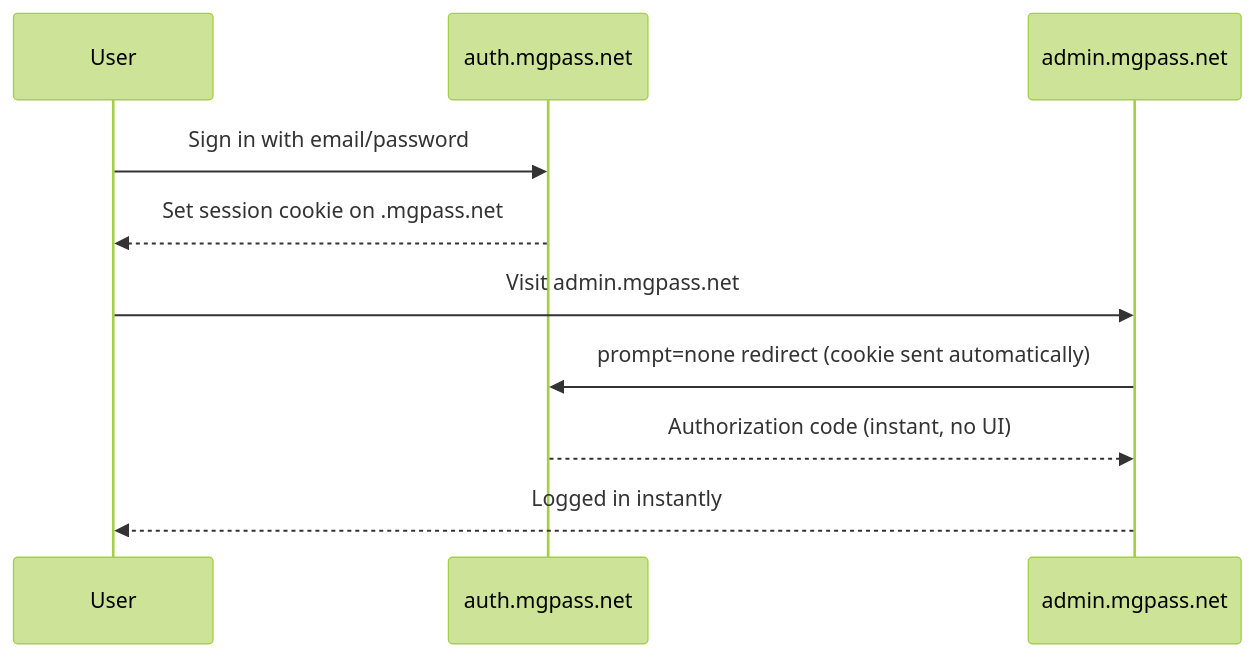
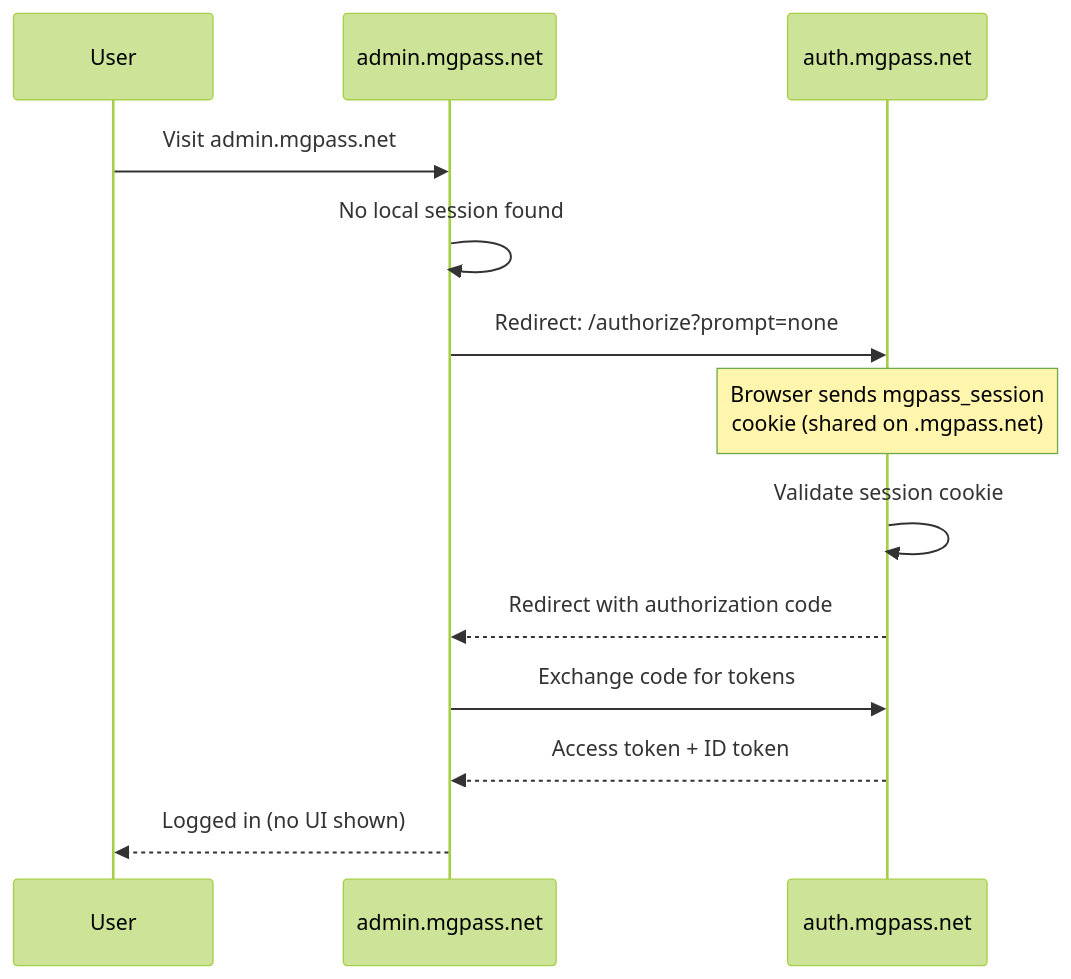
One commit to mgdmdev/docs changed the first of 3 diagrams in guides/sso.mdx. Above: the diagram before and after it, drawn with Mermaid (forest theme). The commit also changed other lines of this file and 7 other files, not shown here.

````diff
--- a/guides/sso.mdx
+++ b/guides/sso.mdx
@@ -22,13 +51,16 @@
 ```mermaid
 sequenceDiagram
     participant User
+    participant Admin as admin.mgpass.net
     participant Auth as auth.mgpass.net
-    participant Admin as admin.mgpass.net
 
-    User->>Auth: Sign in with email/password
-    Auth-->>User: Set session cookie on .mgpass.net
     User->>Admin: Visit admin.mgpass.net
-    Admin->>Auth: prompt=none redirect (cookie sent automatically)
-    Auth-->>Admin: Authorization code (instant, no UI)
-    Admin-->>User: Logged in instantly
+    Admin->>Admin: No local session found
+    Admin->>Auth: Redirect: /authorize?prompt=none
+    Note over Auth: Browser sends mgpass_session<br/>cookie (shared on .mgpass.net)
+    Auth->>Auth: Validate session cookie
+    Auth-->>Admin: Redirect with authorization code
+    Admin->>Auth: Exchange code for tokens
+    Auth-->>Admin: Access token + ID token
+    Admin-->>User: Logged in (no UI shown)
 ```
````
